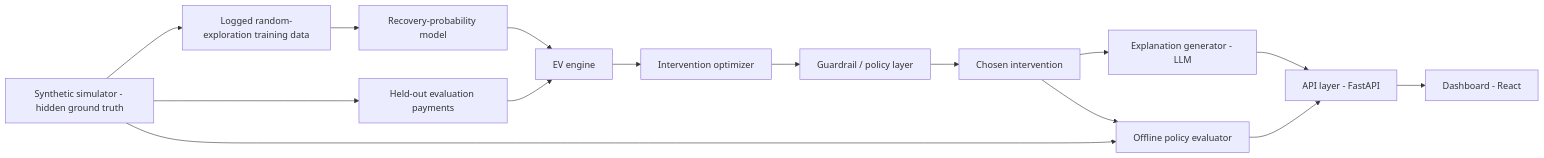
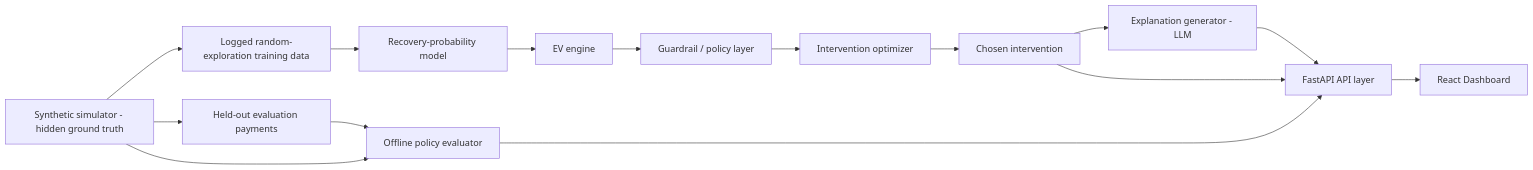
Before and after one commit to Aashik1701/recovery-value-engine: the diagram in README.md, drawn with Mermaid. The commit also changed other lines of this file and 9 other files, not shown here.

First line of the commit message:
feat: Add Recovery Value Engine architecture documentation and diagram

````diff
--- a/README.md
+++ b/README.md
@@ -30,17 +117,19 @@
 ```mermaid
 flowchart LR
     A[Synthetic simulator - hidden ground truth] --> B[Logged random-exploration training data]
     B --> C[Recovery-probability model]
+    C --> E[EV engine]
+    E --> F[Guardrail / policy layer]
+    F --> G[Intervention optimizer]
+    G --> H[Chosen intervention]
+
     A --> D[Held-out evaluation payments]
-    C --> E[EV engine]
-    D --> E
-    E --> F[Intervention optimizer]
-    F --> G[Guardrail / policy layer]
-    G --> H[Chosen intervention]
+    D --> J[Offline policy evaluator]
+    A --> J
+
     H --> I[Explanation generator - LLM]
-    H --> J[Offline policy evaluator]
-    A --> J
-    I --> K[API layer - FastAPI]
+    H --> K[FastAPI API layer]
     J --> K
-    K --> L[Dashboard - React]
+    I --> K
+    K --> L[React Dashboard]
 ```
````
